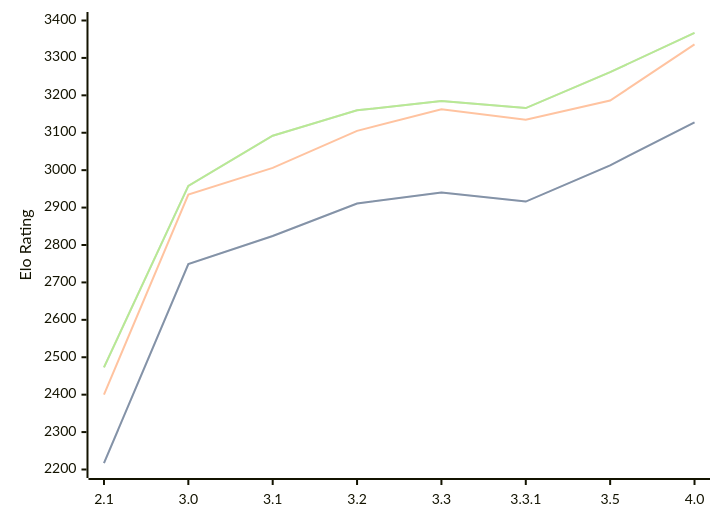
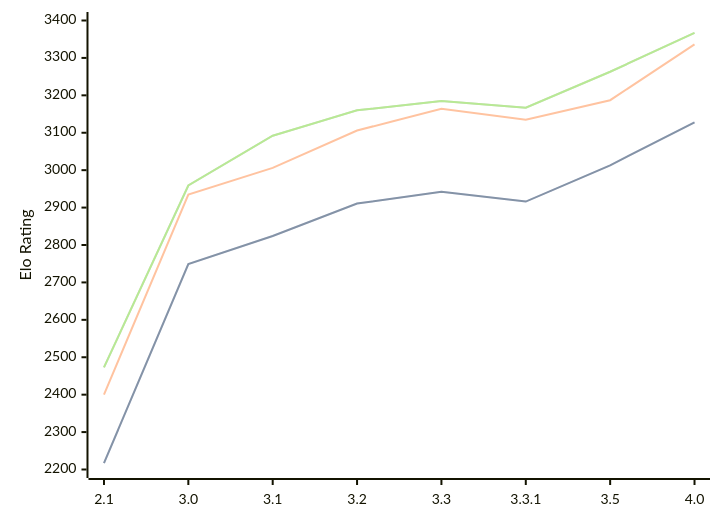
Before and after one commit to computer-chess-index/cci: the diagram in engines/Petrel.md, drawn with Mermaid. The commit also changed other lines of this file, not shown here.

Commit message:
Update CCI Ratings (ELO VLTC) - 2026-08-19

````diff
--- a/engines/Petrel.md
+++ b/engines/Petrel.md
@@ -38,11 +38,11 @@
 ```mermaid
 %%{init: {"theme":"base","themeVariables":{"seriesColors:['#a3a3a3','#222221','#faa371']}}}%%
 xychart-beta
   x-axis ["2.1", "3.0", "3.1", "3.2", "3.3", "3.3.1", "3.5", "4.0"]
   y-axis "Elo Rating" 2200 --> 3400
-  line "STC (8.0+0.08s)" [2217, 2749, 2824, 2911, 2940, 2916, 3013, 3128]
-  line "STC (8.0+0.08s)" [2217, 2749, 2824, 2911, 2940, 2916, 3013, 3128]
-  line "LTC (60.0+0.60s)" [2400, 2935, 3006, 3105, 3163, 3135, 3186, 3336]
-  line "VLTC (2m24s+1.12s)" [2473, 2958, 3092, 3160, 3185, 3166, 3262, 3367]
-  line "VLTC (2m24s+1.12s)" [2473, 2958, 3092, 3160, 3185, 3166, 3262, 3367]
+  line "STC (8.0+0.08s)" [2217, 2749, 2824, 2911, 2942, 2916, 3013, 3128]
+  line "STC (8.0+0.08s)" [2217, 2749, 2824, 2911, 2942, 2916, 3013, 3128]
+  line "LTC (60.0+0.60s)" [2400, 2935, 3006, 3106, 3164, 3135, 3187, 3336]
+  line "VLTC (2m24s+1.12s)" [2473, 2959, 3092, 3160, 3185, 3167, 3263, 3367]
+  line "VLTC (2m24s+1.12s)" [2473, 2959, 3092, 3160, 3185, 3167, 3263, 3367]
 ```
````
